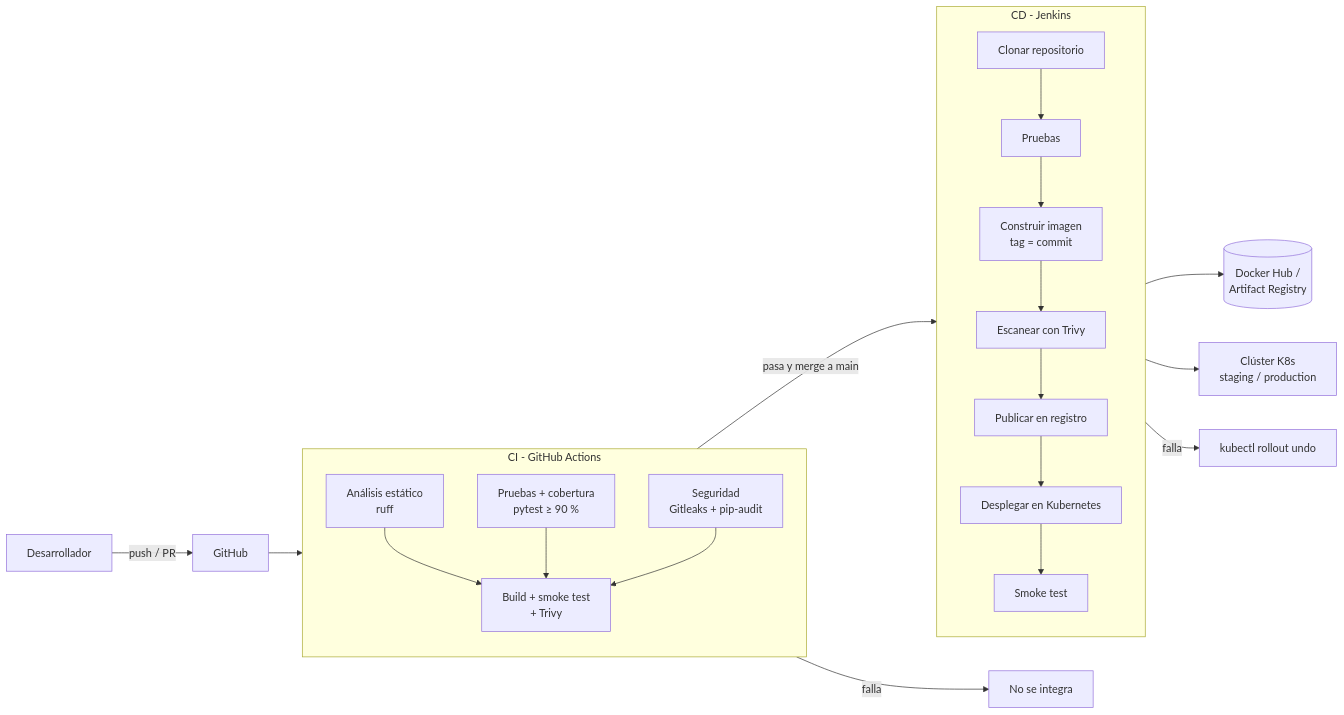
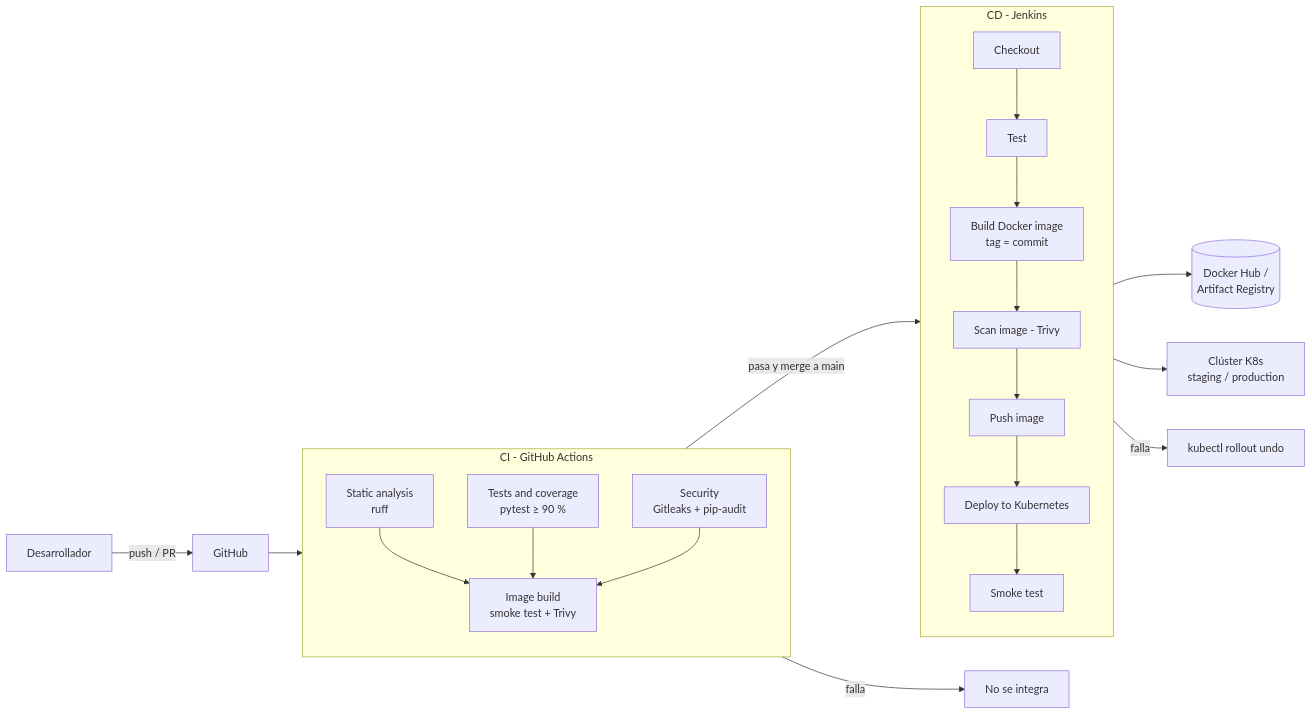
One commit to Cbermudez98/soluzAi-devops changed the diagram in docs/DOCUMENTACION.md. Above: the diagram before and after it, drawn with Mermaid. The commit also changed other lines of this file and 5 other files, not shown here.

````diff
--- a/docs/DOCUMENTACION.md
+++ b/docs/DOCUMENTACION.md
@@ -19,33 +19,33 @@
 ```mermaid
 flowchart LR
     Dev[Desarrollador] -->|push / PR| GH[GitHub]
     GH --> CI
 
     subgraph CI [CI - GitHub Actions]
         direction TB
-        L[Análisis estático<br/>ruff]
-        T[Pruebas + cobertura<br/>pytest ≥ 90 %]
-        S[Seguridad<br/>Gitleaks + pip-audit]
-        B[Build + smoke test<br/>+ Trivy]
+        L[Static analysis<br/>ruff]
+        T[Tests and coverage<br/>pytest ≥ 90 %]
+        S[Security<br/>Gitleaks + pip-audit]
+        B[Image build<br/>smoke test + Trivy]
         L --> B
         T --> B
         S --> B
     end
 
     CI -->|falla| X[No se integra]
     CI -->|pasa y merge a main| CD
 
     subgraph CD [CD - Jenkins]
         direction TB
-        C1[Clonar repositorio] --> C2[Pruebas]
-        C2 --> C3[Construir imagen<br/>tag = commit]
-        C3 --> C4[Escanear con Trivy]
-        C4 --> C5[Publicar en registro]
-        C5 --> C6[Desplegar en Kubernetes]
+        C1[Checkout] --> C2[Test]
+        C2 --> C3[Build Docker image<br/>tag = commit]
+        C3 --> C4[Scan image - Trivy]
+        C4 --> C5[Push image]
+        C5 --> C6[Deploy to Kubernetes]
         C6 --> C7[Smoke test]
     end
 
     C5 --> REG[(Docker Hub /<br/>Artifact Registry)]
     C6 --> K8S[Clúster K8s<br/>staging / production]
     C7 -->|falla| RB[kubectl rollout undo]
 ```
````
